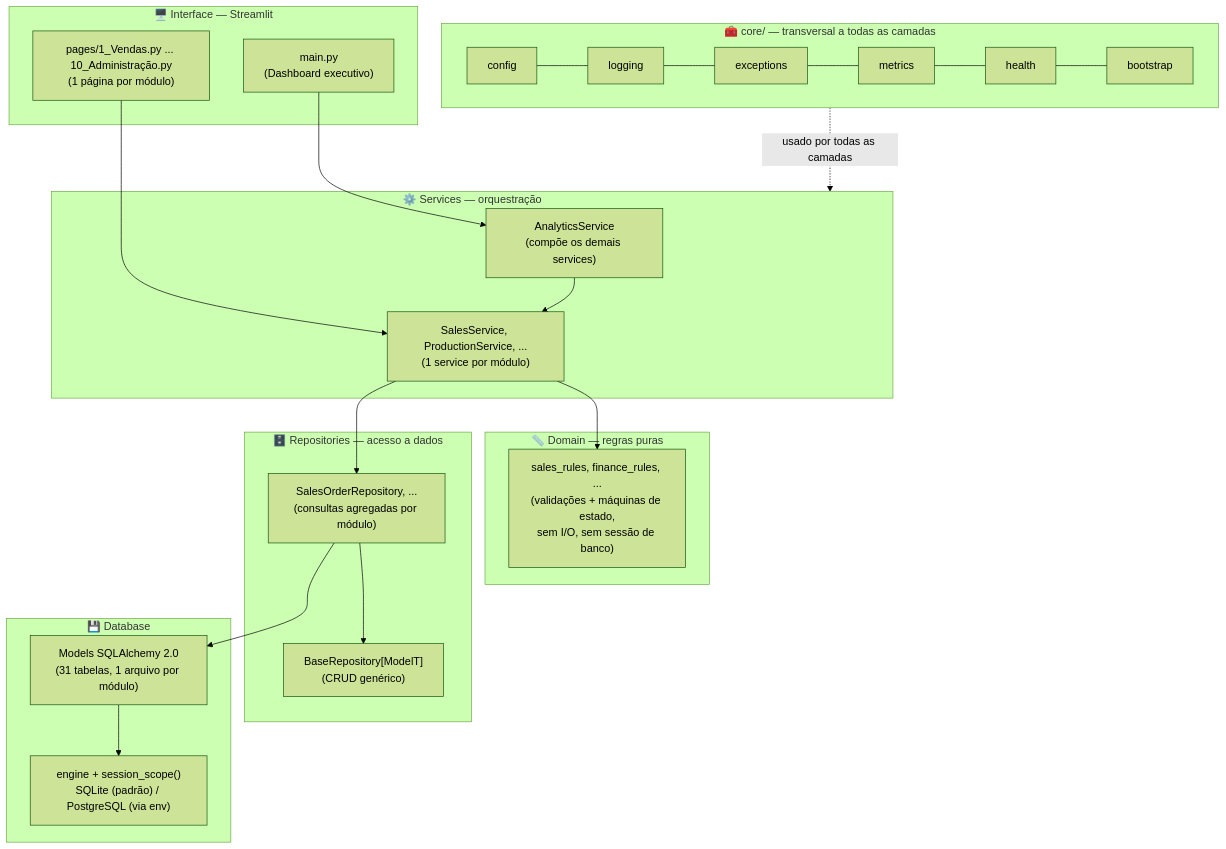
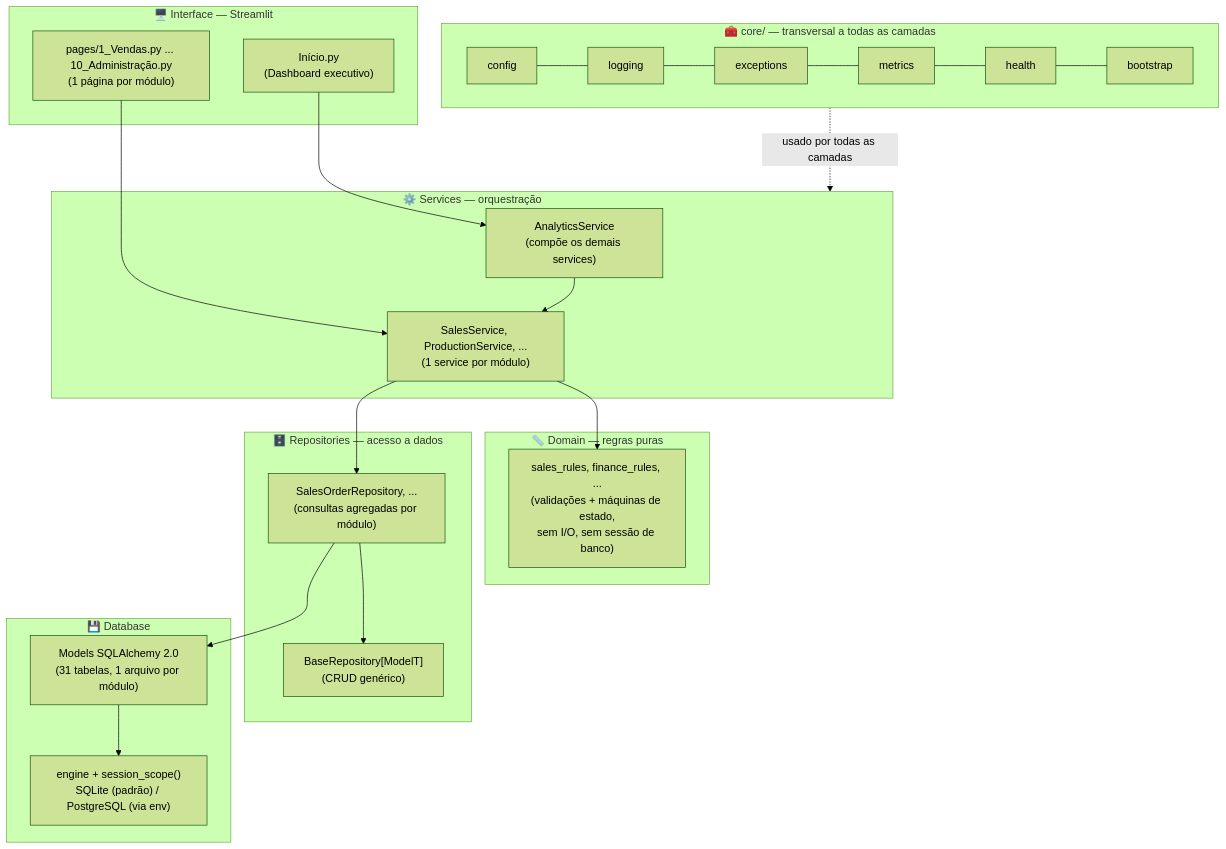
One commit to DouglasTassinari/Tazzin changed the first of 6 diagrams in docs/DOCUMENTACAO_TECNICA.md. Above: the diagram before and after it, drawn with Mermaid (forest theme). The commit also changed other lines of this file and 3 other files, not shown here.

First line of the commit message:
refactor: renomeia entrypoint main.py para Início.py e remove tagline

````diff
--- a/docs/DOCUMENTACAO_TECNICA.md
+++ b/docs/DOCUMENTACAO_TECNICA.md
@@ -64,41 +64,41 @@
 ```mermaid
 flowchart TD
     subgraph UI["🖥️ Interface — Streamlit"]
-        MAIN["main.py<br/>(Dashboard executivo)"]
+        MAIN["Início.py<br/>(Dashboard executivo)"]
         PAGES["pages/1_Vendas.py ... 10_Administração.py<br/>(1 página por módulo)"]
     end
 
     subgraph SVC["⚙️ Services — orquestração"]
         ANALYTICS["AnalyticsService<br/>(compõe os demais services)"]
         SERVICES["SalesService, ProductionService, ...<br/>(1 service por módulo)"]
     end
 
     subgraph DOM["📏 Domain — regras puras"]
         RULES["sales_rules, finance_rules, ...<br/>(validações + máquinas de estado,<br/>sem I/O, sem sessão de banco)"]
     end
 
     subgraph REPO["🗄️ Repositories — acesso a dados"]
         BASEREPO["BaseRepository[ModelT]<br/>(CRUD genérico)"]
         REPOS["SalesOrderRepository, ...<br/>(consultas agregadas por módulo)"]
     end
 
     subgraph DB["💾 Database"]
         MODELS["Models SQLAlchemy 2.0<br/>(31 tabelas, 1 arquivo por módulo)"]
         ENGINE["engine + session_scope()<br/>SQLite (padrão) / PostgreSQL (via env)"]
     end
 
     subgraph CORE["🧰 core/ — transversal a todas as camadas"]
         CONFIG["config"] --- LOG["logging"] --- EXC["exceptions"] --- MET["metrics"] --- HEALTH["health"] --- BOOT["bootstrap"]
     end
 
     MAIN --> ANALYTICS
     PAGES --> SERVICES
     ANALYTICS --> SERVICES
     SERVICES --> RULES
     SERVICES --> REPOS
     REPOS --> BASEREPO
     REPOS --> MODELS
     MODELS --> ENGINE
 
     CORE -.->|usado por todas as camadas| SVC
 ```
````
